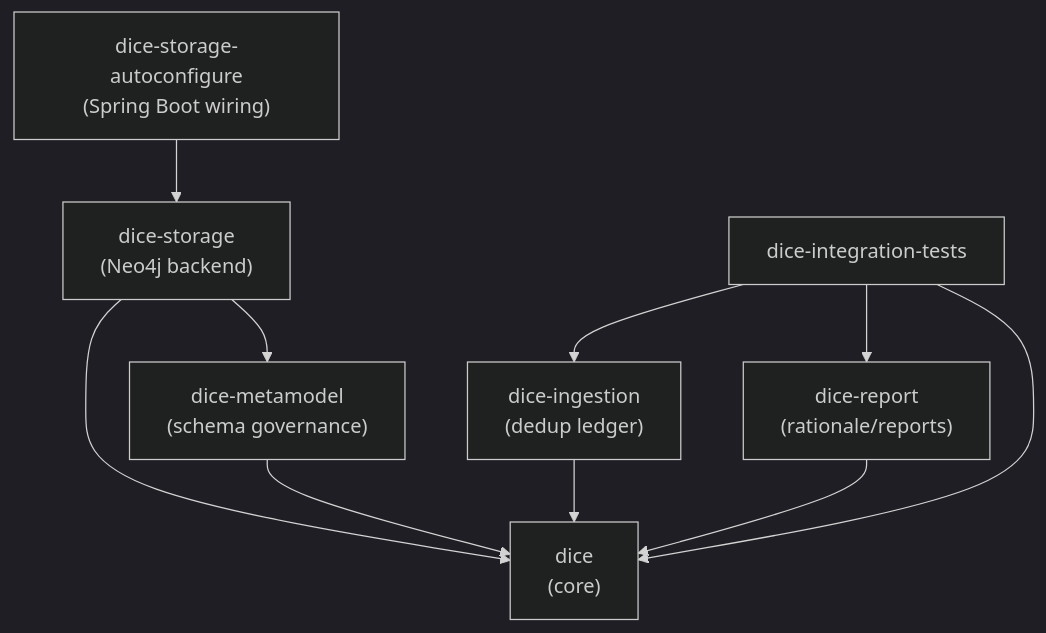
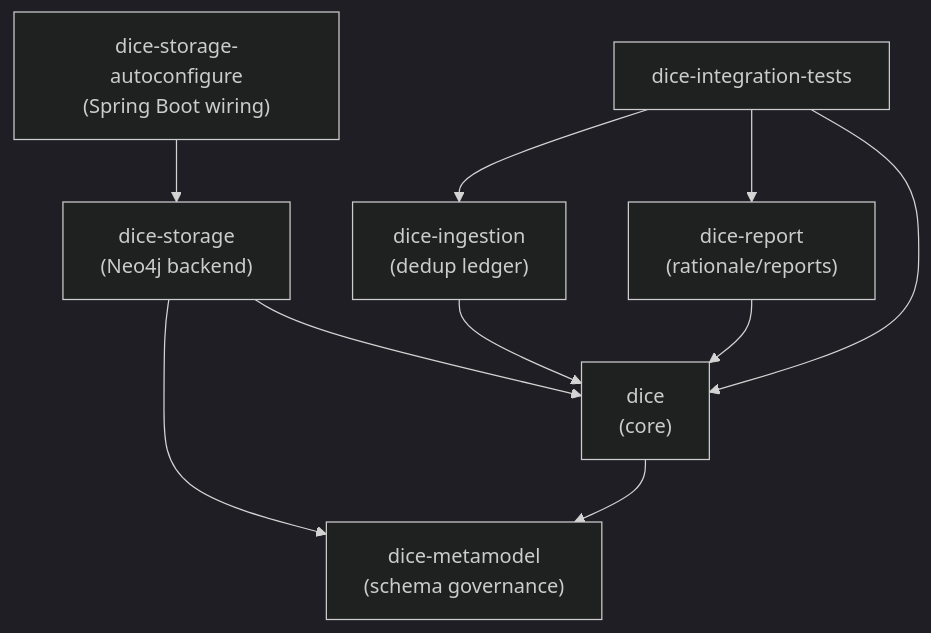
One commit to embabel/dice changed the first of 6 diagrams in docs/design/architecture.md. Above: the diagram before and after it, drawn with Mermaid (dark theme). The commit also changed other lines of this file and 3 other files, not shown here.

````diff
--- a/docs/design/architecture.md
+++ b/docs/design/architecture.md
@@ -22,20 +22,20 @@
 ```mermaid
 flowchart TB
     dice["dice<br/>(core)"]
     storage["dice-storage<br/>(Neo4j backend)"]
     autoconf["dice-storage-autoconfigure<br/>(Spring Boot wiring)"]
     ingestion["dice-ingestion<br/>(dedup ledger)"]
     report["dice-report<br/>(rationale/reports)"]
     metamodel["dice-metamodel<br/>(schema governance)"]
     itest["dice-integration-tests"]
 
     storage --> dice
     storage --> metamodel
-    metamodel --> dice
+    dice --> metamodel
     autoconf --> storage
     ingestion --> dice
     report --> dice
     itest --> dice
     itest --> ingestion
     itest --> report
 ```
````
